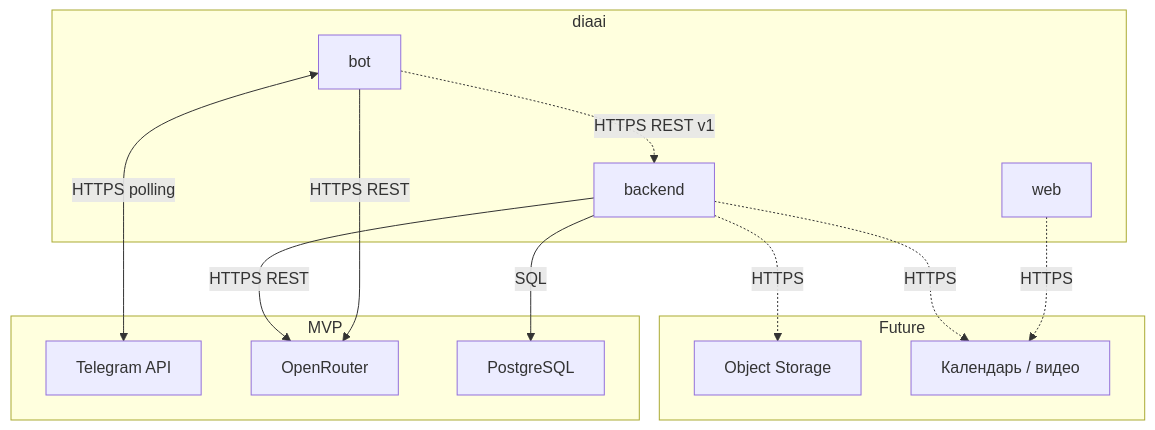
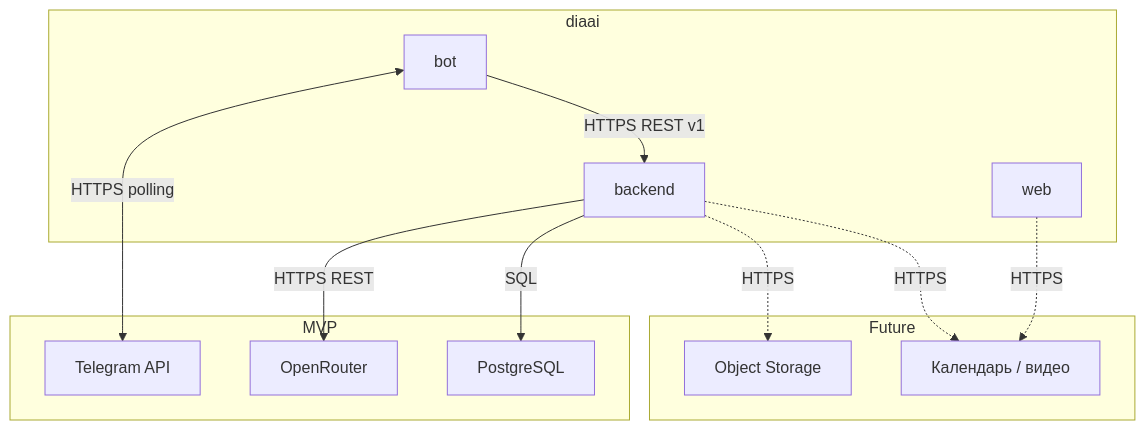
The first of 2 diagrams in docs/integrations.md (zatulik2606/diaai), drawn with Mermaid before and after one commit. The commit also changed other lines of this file and 28 other files, not shown here.

````diff
--- a/docs/integrations.md
+++ b/docs/integrations.md
@@ -7,28 +7,27 @@
 ```mermaid
 flowchart TB
     subgraph diaai [diaai]
         Bot["bot"]
         Backend["backend"]
         Web["web"]
     end
 
     subgraph mvp [MVP]
         TG["Telegram API"]
         OR["OpenRouter"]
         PG["PostgreSQL"]
     end
 
     subgraph future [Future]
         S3["Object Storage"]
         Cal["Календарь / видео"]
     end
 
     Bot <-->|HTTPS polling| TG
-    Bot -->|HTTPS REST| OR
-    Bot -.->|HTTPS REST v1| Backend
+    Bot -->|HTTPS REST v1| Backend
     Backend -->|HTTPS REST| OR
     Backend -->|SQL| PG
     Backend -.->|HTTPS| S3
     Web -.->|HTTPS| Cal
     Backend -.->|HTTPS| Cal
 ```
````
